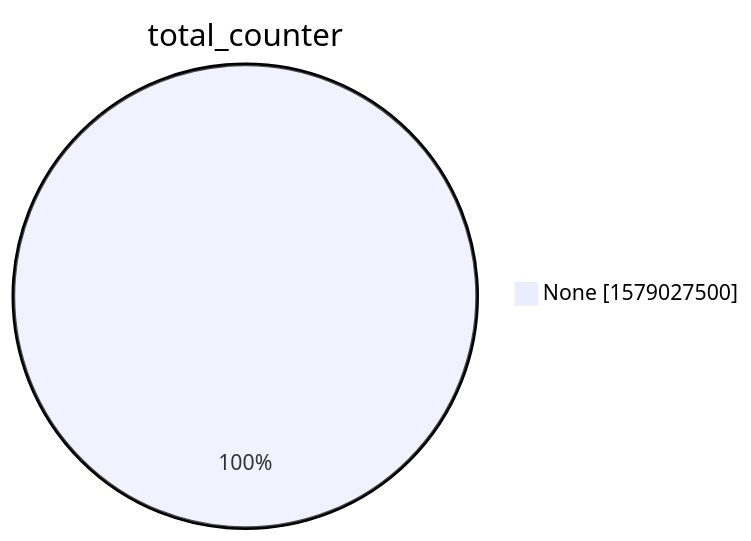
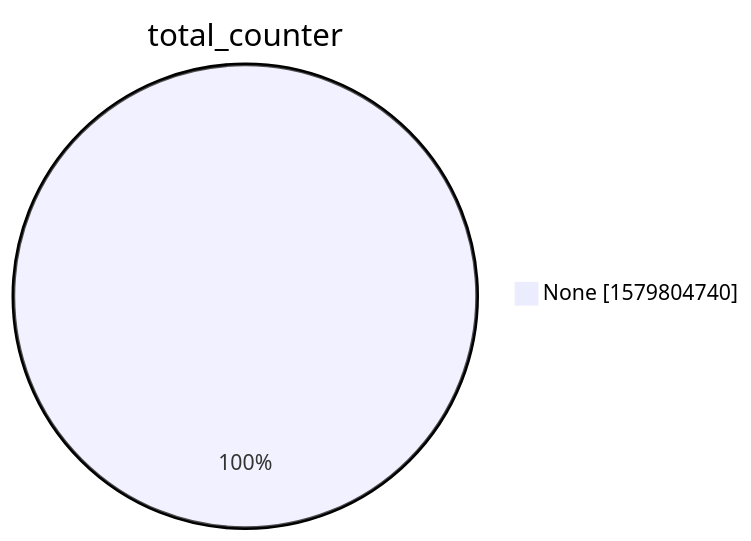
The second of 15 diagrams in xenon2022/README.md (christiankrug/ctmonitor_visualization), drawn with Mermaid before and after one commit. The commit also changed other lines of this file, not shown here.

````diff
--- a/xenon2022/README.md
+++ b/xenon2022/README.md
@@ -9,5 +9,5 @@
 ```mermaid
 pie showData
 title total_counter
-"None" :1579027500
+"None" :1579804740
 ```
````
